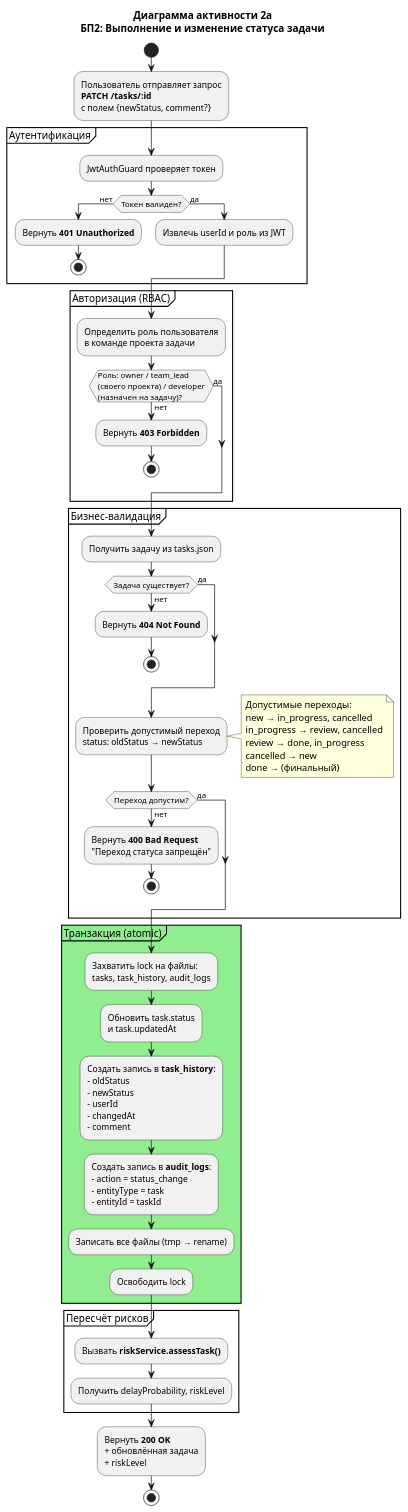
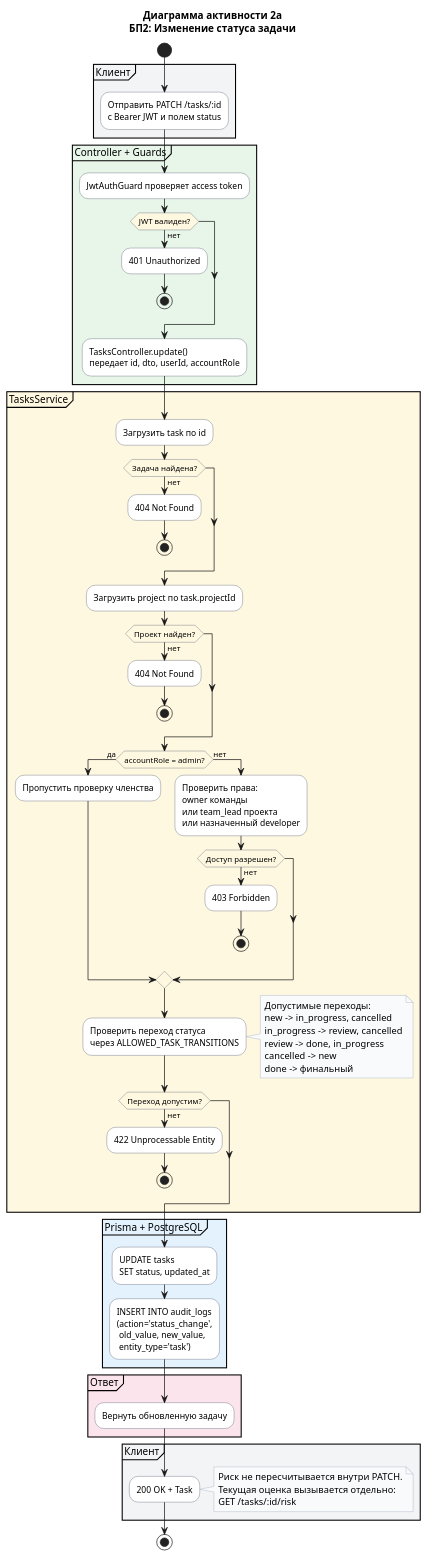
One commit to Rithmer/Orbitmanager changed the diagram in Diag/2a_activity_status_change.puml. Above: the diagram before and after it, drawn with PlantUML. The commit also changed 7 other files, not shown here.

```diff
--- a/Diag/2a_activity_status_change.puml
+++ b/Diag/2a_activity_status_change.puml
@@ -1,97 +1,95 @@
 @startuml
 ' ============================================================
-' Диаграмма 2. Диаграммы активности
-' Содержит две диаграммы:
-'   2а — БП2: Выполнение и изменение статуса задачи
-'   2б — Регистрация и авторизация
+' Диаграмма 2а. БП2: Изменение статуса задачи
 ' ============================================================
 
-' ============================================================
-' ДИАГРАММА 2а — БП2: Изменение статуса задачи
-' ============================================================
-title Диаграмма активности 2а\nБП2: Выполнение и изменение статуса задачи
+title Диаграмма активности 2а\nБП2: Изменение статуса задачи
+
+skinparam shadowing false
+skinparam activity {
+  BackgroundColor #FFFFFF
+  BorderColor #4A5568
+  DiamondBackgroundColor #FFF8E1
+}
+skinparam note {
+  BackgroundColor #F8FAFC
+  BorderColor #94A3B8
+}
 
 start
 
-:Пользователь отправляет запрос
-**PATCH /tasks/:id**
-с полем {newStatus, comment?};
+partition "Клиент" #F3F4F6 {
+  :Отправить PATCH /tasks/:id\nс Bearer JWT и полем status;
+}
 
-partition "Аутентификация" {
-  :JwtAuthGuard проверяет токен;
-  if (Токен валиден?) then (нет)
-    :Вернуть **401 Unauthorized**;
+partition "Controller + Guards" #E8F5E9 {
+  :JwtAuthGuard проверяет access token;
+  if (JWT валиден?) then (нет)
+    :401 Unauthorized;
     stop
-  else (да)
-    :Извлечь userId и роль из JWT;
+  endif
+
+  :TasksController.update()\nпередает id, dto, userId, accountRole;
+}
+
+partition "TasksService" #FFF8E1 {
+  :Загрузить task по id;
+  if (Задача найдена?) then (нет)
+    :404 Not Found;
+    stop
+  endif
+
+  :Загрузить project по task.projectId;
+  if (Проект найден?) then (нет)
+    :404 Not Found;
+    stop
+  endif
+
+  if (accountRole = admin?) then (да)
+    :Пропустить проверку членства;
+  else (нет)
+    :Проверить права:\nowner команды\nили team_lead проекта\nили назначенный developer;
+    if (Доступ разрешен?) then (нет)
+      :403 Forbidden;
+      stop
+    endif
+  endif
+
+  :Проверить переход статуса\nчерез ALLOWED_TASK_TRANSITIONS;
+  note right
+    Допустимые переходы:
+    new -> in_progress, cancelled
+    in_progress -> review, cancelled
+    review -> done, in_progress
+    cancelled -> new
+    done -> финальный
+  end note
+
+  if (Переход допустим?) then (нет)
+    :422 Unprocessable Entity;
+    stop
   endif
 }
 
-partition "Авторизация (RBAC)" {
-  :Определить роль пользователя\nв команде проекта задачи;
-  if (Роль: owner / team_lead\n(своего проекта) / developer\n(назначен на задачу)?) then (нет)
-    :Вернуть **403 Forbidden**;
-    stop
-  else (да)
-  endif
+partition "Prisma + PostgreSQL" #E3F2FD {
+  :UPDATE tasks\nSET status, updated_at;
+  :INSERT INTO audit_logs\n(action='status_change',\n old_value, new_value,\n entity_type='task');
 }
 
-partition "Бизнес-валидация" {
-  :Получить задачу из tasks.json;
-  if (Задача существует?) then (нет)
-    :Вернуть **404 Not Found**;
-    stop
-  else (да)
-  endif
-
-  :Проверить допустимый переход\nstatus: oldStatus → newStatus;
-
-  note right
-    Допустимые переходы:
-    new → in_progress, cancelled
-    in_progress → review, cancelled
-    review → done, in_progress
-    cancelled → new
-    done → (финальный)
-  end note
-
-  if (Переход допустим?) then (нет)
-    :Вернуть **400 Bad Request**\n"Переход статуса запрещён";
-    stop
-  else (да)
-  endif
+partition "Ответ" #FCE4EC {
+  :Вернуть обновленную задачу;
 }
 
-partition "Транзакция (atomic)" #LightGreen {
-  :Захватить lock на файлы:\ntasks, task_history, audit_logs;
-
-  :Обновить task.status\nи task.updatedAt;
-
-  :Создать запись в **task_history**:
-  - oldStatus
-  - newStatus
-  - userId
-  - changedAt
-  - comment;
-
-  :Создать запись в **audit_logs**:
-  - action = status_change
-  - entityType = task
-  - entityId = taskId;
-
-  :Записать все файлы (tmp → rename);
-  :Освободить lock;
+partition "Клиент" #F3F4F6 {
+  :200 OK + Task;
 }
 
-partition "Пересчёт рисков" {
-  :Вызвать **riskService.assessTask()**;
-  :Получить delayProbability, riskLevel;
-}
-
-:Вернуть **200 OK**
-+ обновлённая задача
-+ riskLevel;
+note right
+  Риск не пересчитывается внутри PATCH.
+  Текущая оценка вызывается отдельно:
+  GET /tasks/:id/risk
+end note
 
 stop
 
 @enduml
```
